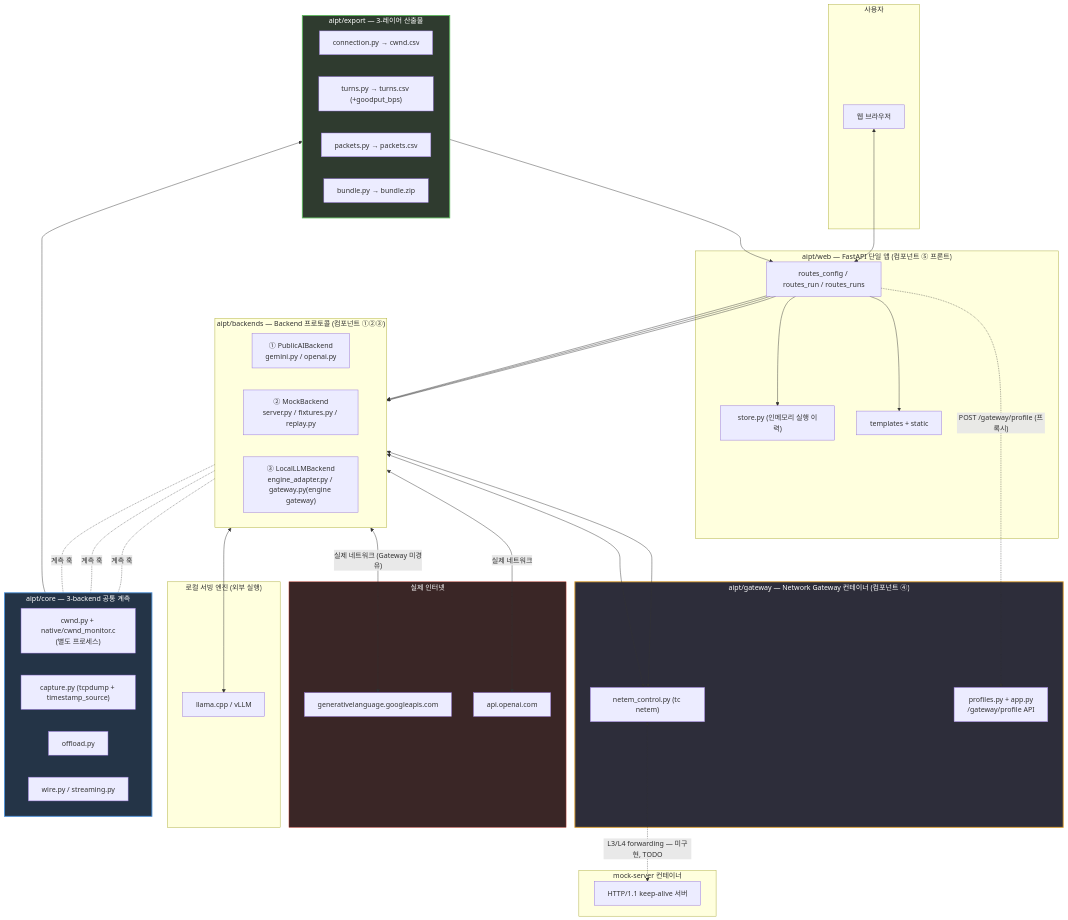
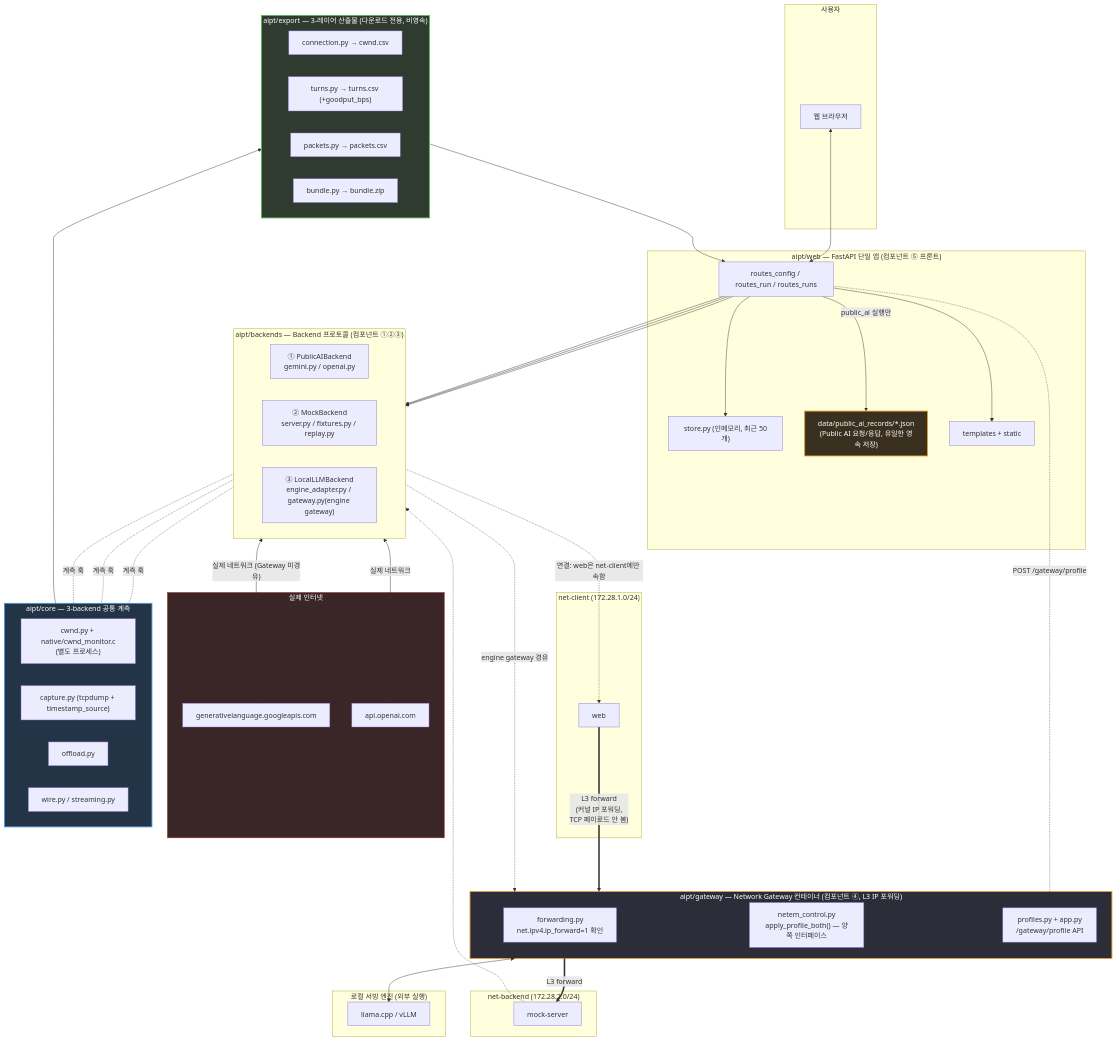
One commit to sangrokhan/remote_work changed the first of 4 diagrams in AIPT/ARCHITECTURE.md. Above: the diagram before and after it, drawn with Mermaid. The commit also changed other lines of this file and 20 other files, not shown here.

First line of the commit message:
feat(AIPT): Gateway L3 IP forwarding + Public AI JSON persistence

````diff
--- a/AIPT/ARCHITECTURE.md
+++ b/AIPT/ARCHITECTURE.md
@@ -18,7 +18,8 @@
 
     subgraph WEBAPP["aipt/web — FastAPI 단일 앱 (컴포넌트 ⑤ 프론트)"]
         Routes["routes_config / routes_run / routes_runs"]
-        Store["store.py (인메모리 실행 이력)"]
+        Store["store.py (인메모리, 최근 50개)"]
+        Records["data/public_ai_records/*.json<br/>(Public AI 요청/응답, 유일한 영속 저장)"]
         Templates["templates + static"]
     end
 
@@ -29,18 +30,22 @@
         LocalLLM["③ LocalLLMBackend<br/>engine_adapter.py / gateway.py(engine gateway)"]
     end
 
-    subgraph GATEWAY["aipt/gateway — Network Gateway 컨테이너 (컴포넌트 ④)"]
-        Netem["netem_control.py (tc netem)"]
+    subgraph GATEWAY["aipt/gateway — Network Gateway 컨테이너 (컴포넌트 ④, L3 IP 포워딩)"]
+        Forward["forwarding.py<br/>net.ipv4.ip_forward=1 확인"]
+        Netem["netem_control.py<br/>apply_profile_both() — 양쪽 인터페이스"]
         ProfileAPI["profiles.py + app.py<br/>/gateway/profile API"]
+    end
+
+    subgraph NETCLIENT["net-client (172.28.1.0/24)"]
+        WebNet["web"]
+    end
+    subgraph NETBACKEND["net-backend (172.28.2.0/24)"]
+        MockNet["mock-server"]
     end
 
     subgraph EXT["실제 인터넷"]
         Gemini["generativelanguage.googleapis.com"]
         OpenAI["api.openai.com"]
-    end
-
-    subgraph MOCKSRV["mock-server 컨테이너"]
-        MockServer["HTTP/1.1 keep-alive 서버"]
     end
 
     subgraph LLMSRV["로컬 서빙 엔진 (외부 실행)"]
@@ -55,7 +60,7 @@
         Wire["wire.py / streaming.py"]
     end
 
-    subgraph EXPORT["aipt/export — 3-레이어 산출물"]
+    subgraph EXPORT["aipt/export — 3-레이어 산출물 (다운로드 전용, 비영속)"]
         direction LR
         Connection["connection.py → cwnd.csv"]
         Turns["turns.py → turns.csv (+goodput_bps)"]
@@ -66,18 +71,21 @@
     Browser <--> Routes
     Routes --> Templates
     Routes --> Store
+    Routes -->|"public_ai 실행만"| Records
     Routes --> PublicAI
     Routes --> Mock
     Routes --> LocalLLM
-    Routes -.->|"POST /gateway/profile (프록시)"| ProfileAPI
+    Routes -.->|"POST /gateway/profile"| ProfileAPI
 
     PublicAI <-->|"실제 네트워크 (Gateway 미경유)"| Gemini
     PublicAI <-->|"실제 네트워크"| OpenAI
 
-    Mock <--> Netem
-    LocalLLM <--> Netem
-    Netem <-.->|"L3/L4 forwarding — 미구현, TODO"| MockServer
-    LocalLLM <--> Engine
+    Mock -.->|"연결: web은 net-client에만 속함"| WebNet
+    WebNet ==>|"L3 forward<br/>(커널 IP 포워딩,<br/>TCP 페이로드 안 봄)"| GATEWAY
+    GATEWAY ==>|"L3 forward"| MockNet
+    MockNet -.-> Mock
+    LocalLLM -.->|"engine gateway 경유"| GATEWAY
+    GATEWAY <--> Engine
 
     PublicAI -. 계측 훅 .- CORE
     Mock -. 계측 훅 .- CORE
@@ -90,4 +98,5 @@
     style CORE fill:#243447,stroke:#4a90d9,stroke-width:2px,color:#fff
     style EXPORT fill:#2f3b2f,stroke:#5cb85c,stroke-width:2px,color:#fff
     style EXT fill:#3a2626,stroke:#c0392b,stroke-width:1px,color:#fff
+    style Records fill:#3a3020,stroke:#e0a030,stroke-width:2px,color:#fff
 ```
````
